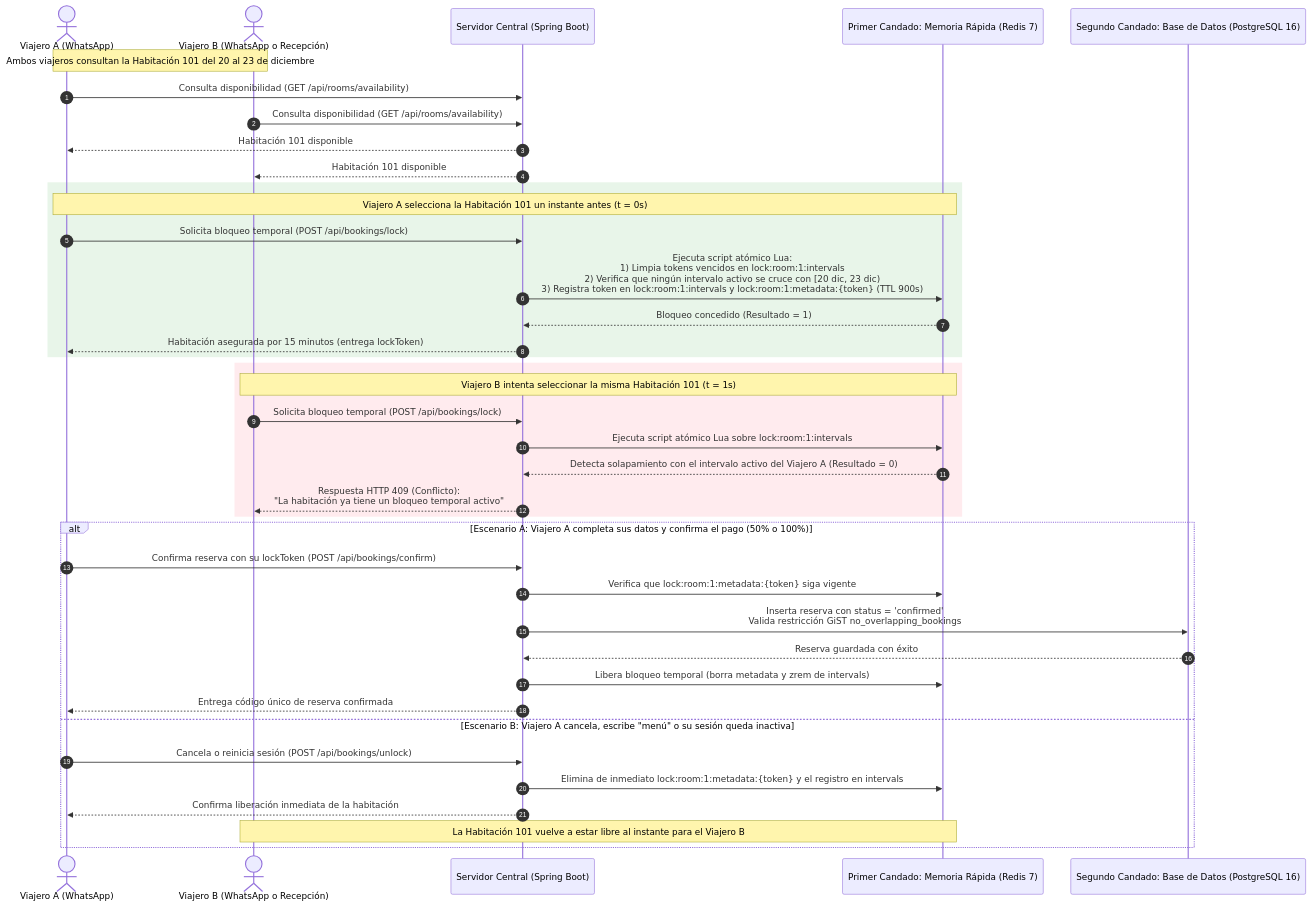
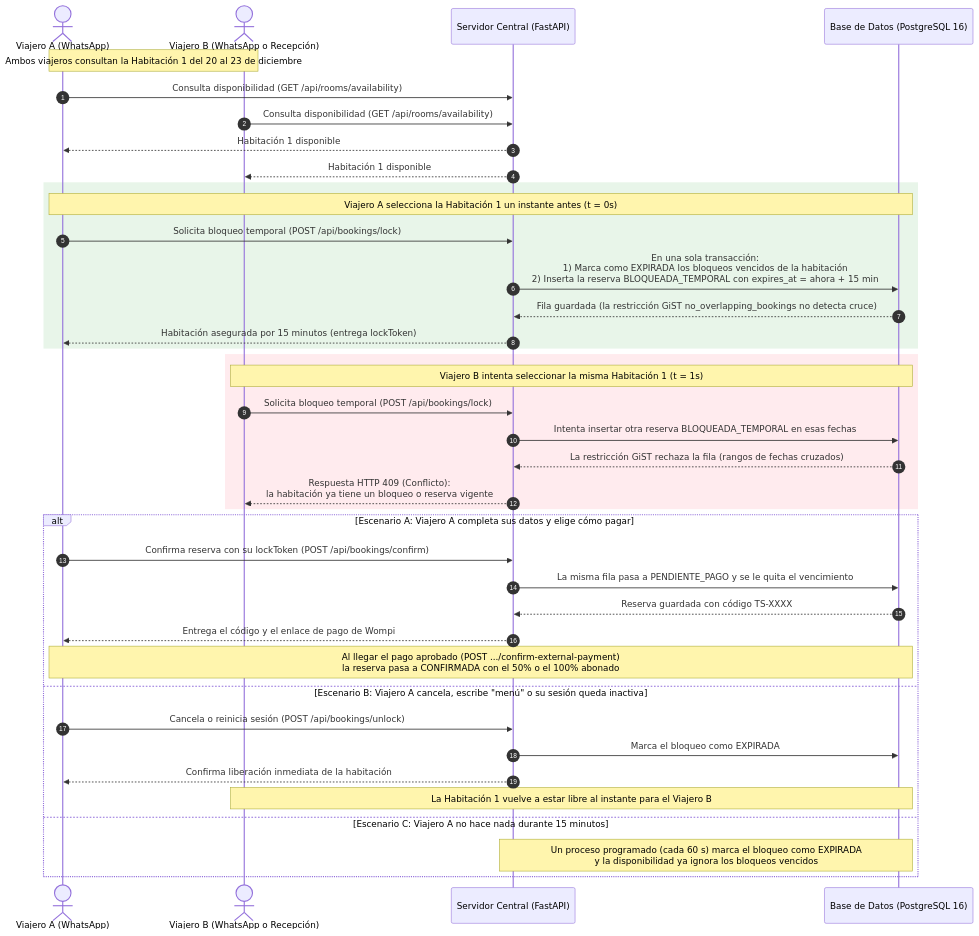
One commit to JuanJarias/SatoriPMS changed the first of 2 diagrams in docs/Diagramas/03_Concurrencia_Doble_Candado.md. Above: the diagram before and after it, drawn with Mermaid. The commit also changed other lines of this file and 14 other files, not shown here.

First line of the commit message:
docs: reescribir la documentacion tecnica para FastAPI y PostgreSQL

````diff
--- a/docs/Diagramas/03_Concurrencia_Doble_Candado.md
+++ b/docs/Diagramas/03_Concurrencia_Doble_Candado.md
@@ -15,45 +17,45 @@
 ```mermaid
 sequenceDiagram
     autonumber
     actor H1 as Viajero A (WhatsApp)
     actor H2 as Viajero B (WhatsApp o Recepción)
-    participant API as Servidor Central (Spring Boot)
-    participant Redis as Primer Candado: Memoria Rápida (Redis 7)
-    participant PG as Segundo Candado: Base de Datos (PostgreSQL 16)
+    participant API as Servidor Central (FastAPI)
+    participant PG as Base de Datos (PostgreSQL 16)
 
-    Note over H1,H2: Ambos viajeros consultan la Habitación 101 del 20 al 23 de diciembre
+    Note over H1,H2: Ambos viajeros consultan la Habitación 1 del 20 al 23 de diciembre
     H1->>API: Consulta disponibilidad (GET /api/rooms/availability)
     H2->>API: Consulta disponibilidad (GET /api/rooms/availability)
-    API-->>H1: Habitación 101 disponible
-    API-->>H2: Habitación 101 disponible
+    API-->>H1: Habitación 1 disponible
+    API-->>H2: Habitación 1 disponible
 
     rect rgb(232, 245, 233)
-        Note over H1,Redis: Viajero A selecciona la Habitación 101 un instante antes (t = 0s)
+        Note over H1,PG: Viajero A selecciona la Habitación 1 un instante antes (t = 0s)
         H1->>API: Solicita bloqueo temporal (POST /api/bookings/lock)
-        API->>Redis: Ejecuta script atómico Lua:<br/>1) Limpia tokens vencidos en lock:room:1:intervals<br/>2) Verifica que ningún intervalo activo se cruce con [20 dic, 23 dic)<br/>3) Registra token en lock:room:1:intervals y lock:room:1:metadata:{token} (TTL 900s)
-        Redis-->>API: Bloqueo concedido (Resultado = 1)
+        API->>PG: En una sola transacción:<br/>1) Marca como EXPIRADA los bloqueos vencidos de la habitación<br/>2) Inserta la reserva BLOQUEADA_TEMPORAL con expires_at = ahora + 15 min
+        PG-->>API: Fila guardada (la restricción GiST no_overlapping_bookings no detecta cruce)
         API-->>H1: Habitación asegurada por 15 minutos (entrega lockToken)
     end
 
     rect rgb(255, 235, 238)
-        Note over H2,Redis: Viajero B intenta seleccionar la misma Habitación 101 (t = 1s)
+        Note over H2,PG: Viajero B intenta seleccionar la misma Habitación 1 (t = 1s)
         H2->>API: Solicita bloqueo temporal (POST /api/bookings/lock)
-        API->>Redis: Ejecuta script atómico Lua sobre lock:room:1:intervals
-        Redis-->>API: Detecta solapamiento con el intervalo activo del Viajero A (Resultado = 0)
-        API-->>H2: Respuesta HTTP 409 (Conflicto):<br/>"La habitación ya tiene un bloqueo temporal activo"
+        API->>PG: Intenta insertar otra reserva BLOQUEADA_TEMPORAL en esas fechas
+        PG-->>API: La restricción GiST rechaza la fila (rangos de fechas cruzados)
+        API-->>H2: Respuesta HTTP 409 (Conflicto):<br/>la habitación ya tiene un bloqueo o reserva vigente
     end
 
-    alt Escenario A: Viajero A completa sus datos y confirma el pago (50% o 100%)
+    alt Escenario A: Viajero A completa sus datos y elige cómo pagar
         H1->>API: Confirma reserva con su lockToken (POST /api/bookings/confirm)
-        API->>Redis: Verifica que lock:room:1:metadata:{token} siga vigente
-        API->>PG: Inserta reserva con status = 'confirmed'<br/>Valida restricción GiST no_overlapping_bookings
-        PG-->>API: Reserva guardada con éxito
-        API->>Redis: Libera bloqueo temporal (borra metadata y zrem de intervals)
-        API-->>H1: Entrega código único de reserva confirmada
+        API->>PG: La misma fila pasa a PENDIENTE_PAGO y se le quita el vencimiento
+        PG-->>API: Reserva guardada con código TS-XXXX
+        API-->>H1: Entrega el código y el enlace de pago de Wompi
+        Note over H1,PG: Al llegar el pago aprobado (POST .../confirm-external-payment)<br/>la reserva pasa a CONFIRMADA con el 50% o el 100% abonado
     else Escenario B: Viajero A cancela, escribe "menú" o su sesión queda inactiva
         H1->>API: Cancela o reinicia sesión (POST /api/bookings/unlock)
-        API->>Redis: Elimina de inmediato lock:room:1:metadata:{token} y el registro en intervals
+        API->>PG: Marca el bloqueo como EXPIRADA
         API-->>H1: Confirma liberación inmediata de la habitación
-        Note over H2,Redis: La Habitación 101 vuelve a estar libre al instante para el Viajero B
+        Note over H2,PG: La Habitación 1 vuelve a estar libre al instante para el Viajero B
+    else Escenario C: Viajero A no hace nada durante 15 minutos
+        Note over API,PG: Un proceso programado (cada 60 s) marca el bloqueo como EXPIRADA<br/>y la disponibilidad ya ignora los bloqueos vencidos
     end
 ```
````
